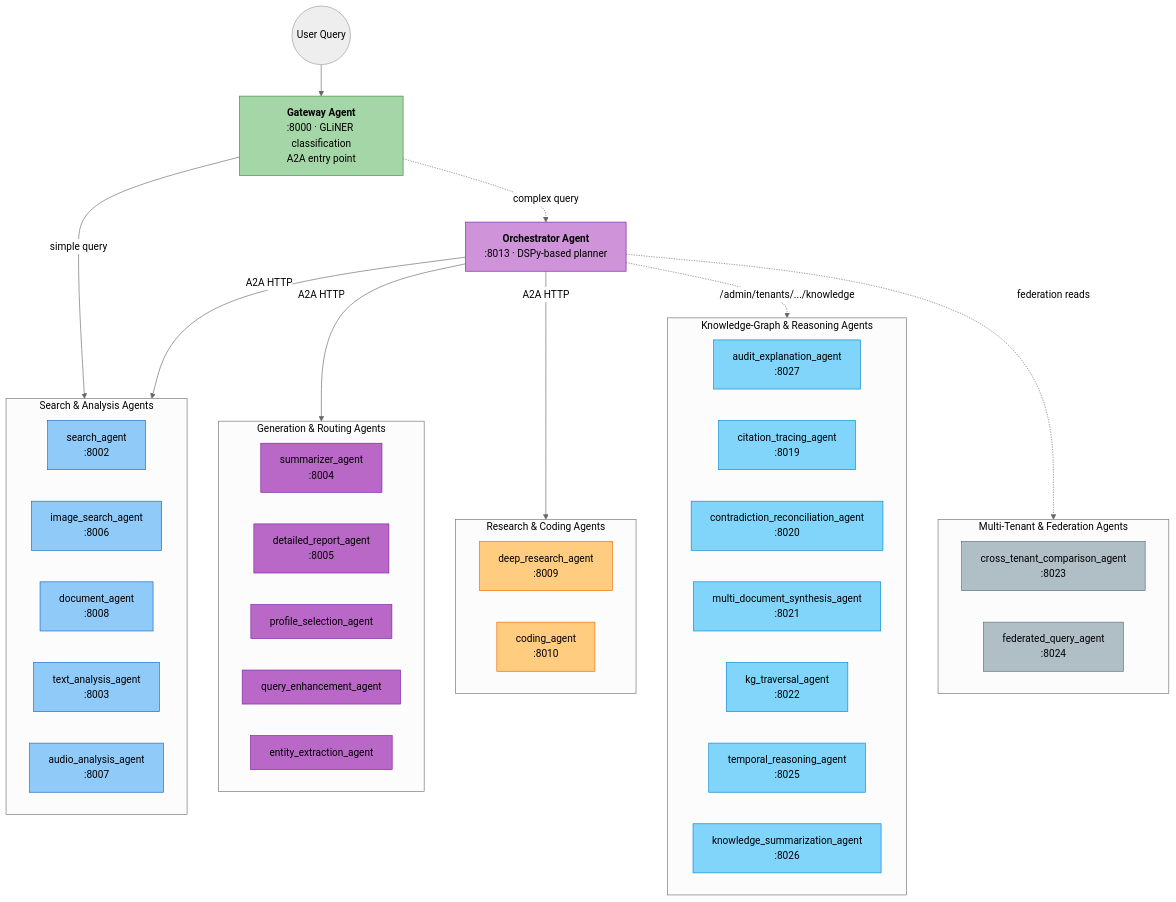
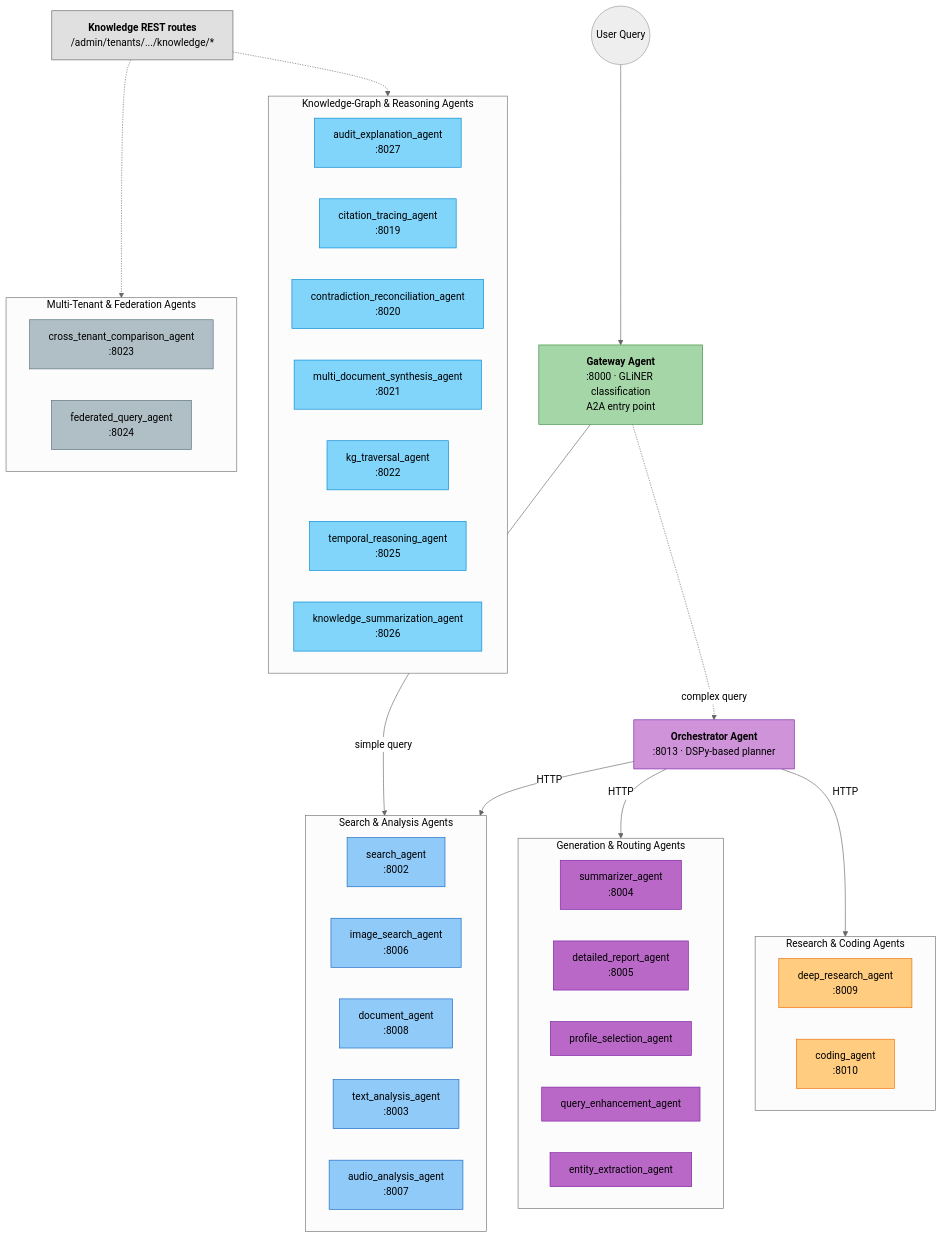
One commit to amit-jain/cogniverse changed the diagram in Readme.md. Above: the diagram before and after it, drawn with Mermaid (neutral theme). The commit also changed other lines of this file, not shown here.

````diff
--- a/Readme.md
+++ b/Readme.md
@@ -220,72 +227,75 @@
 ```mermaid
 flowchart TD
     User(("<span style='color:#000'>User Query</span>"))
     Gateway["<span style='color:#000'><b>Gateway Agent</b><br/>:8000 · GLiNER classification<br/>A2A entry point</span>"]
     Orchestrator["<span style='color:#000'><b>Orchestrator Agent</b><br/>:8013 · DSPy-based planner</span>"]
+    Admin["<span style='color:#000'><b>Knowledge REST routes</b><br/>/admin/tenants/.../knowledge/*</span>"]
 
     User --> Gateway
     Gateway -->|"simple query"| SA
     Gateway -.->|"complex query"| Orchestrator
-    Orchestrator -->|"A2A HTTP"| SA
-    Orchestrator -->|"A2A HTTP"| GR
-    Orchestrator -->|"A2A HTTP"| RC
-    Orchestrator -.->|"/admin/tenants/.../knowledge"| KG
-    Orchestrator -.->|"federation reads"| MT
+    Orchestrator -->|"HTTP"| SA
+    Orchestrator -->|"HTTP"| GR
+    Orchestrator -->|"HTTP"| RC
+    Admin -.-> KG
+    Admin -.-> MT
 
     subgraph SA["<span style='color:#000'>Search &amp; Analysis Agents</span>"]
         direction LR
         sa1["<span style='color:#000'>search_agent<br/>:8002</span>"]
         sa2["<span style='color:#000'>image_search_agent<br/>:8006</span>"]
         sa3["<span style='color:#000'>document_agent<br/>:8008</span>"]
         sa4["<span style='color:#000'>text_analysis_agent<br/>:8003</span>"]
         sa5["<span style='color:#000'>audio_analysis_agent<br/>:8007</span>"]
     end
 
     subgraph GR["<span style='color:#000'>Generation &amp; Routing Agents</span>"]
         direction LR
         gr1["<span style='color:#000'>summarizer_agent<br/>:8004</span>"]
         gr2["<span style='color:#000'>detailed_report_agent<br/>:8005</span>"]
         gr3["<span style='color:#000'>profile_selection_agent</span>"]
         gr4["<span style='color:#000'>query_enhancement_agent</span>"]
         gr5["<span style='color:#000'>entity_extraction_agent</span>"]
     end
 
     subgraph RC["<span style='color:#000'>Research &amp; Coding Agents</span>"]
         direction LR
         rc1["<span style='color:#000'>deep_research_agent<br/>:8009</span>"]
         rc2["<span style='color:#000'>coding_agent<br/>:8010</span>"]
     end
 
     subgraph KG["<span style='color:#000'>Knowledge-Graph &amp; Reasoning Agents</span>"]
         direction LR
         kg1["<span style='color:#000'>audit_explanation_agent<br/>:8027</span>"]
         kg2["<span style='color:#000'>citation_tracing_agent<br/>:8019</span>"]
         kg3["<span style='color:#000'>contradiction_reconciliation_agent<br/>:8020</span>"]
         kg4["<span style='color:#000'>multi_document_synthesis_agent<br/>:8021</span>"]
         kg5["<span style='color:#000'>kg_traversal_agent<br/>:8022</span>"]
         kg6["<span style='color:#000'>temporal_reasoning_agent<br/>:8025</span>"]
         kg7["<span style='color:#000'>knowledge_summarization_agent<br/>:8026</span>"]
     end
 
     subgraph MT["<span style='color:#000'>Multi-Tenant &amp; Federation Agents</span>"]
         direction LR
         mt1["<span style='color:#000'>cross_tenant_comparison_agent<br/>:8023</span>"]
         mt2["<span style='color:#000'>federated_query_agent<br/>:8024</span>"]
     end
 
     classDef gatewayStyle fill:#a5d6a7,stroke:#388e3c,color:#000
     classDef orchStyle fill:#ce93d8,stroke:#7b1fa2,color:#000
+    classDef adminStyle fill:#e0e0e0,stroke:#616161,color:#000
     classDef saStyle fill:#90caf9,stroke:#1565c0,color:#000
     classDef grStyle fill:#ba68c8,stroke:#7b1fa2,color:#000
     classDef rcStyle fill:#ffcc80,stroke:#ef6c00,color:#000
     classDef kgStyle fill:#81d4fa,stroke:#0288d1,color:#000
     classDef mtStyle fill:#b0bec5,stroke:#546e7a,color:#000
 
     class Gateway gatewayStyle
     class Orchestrator orchStyle
+    class Admin adminStyle
     class sa1,sa2,sa3,sa4,sa5 saStyle
     class gr1,gr2,gr3,gr4,gr5 grStyle
     class rc1,rc2 rcStyle
     class kg1,kg2,kg3,kg4,kg5,kg6,kg7 kgStyle
     class mt1,mt2 mtStyle
 ```
````
